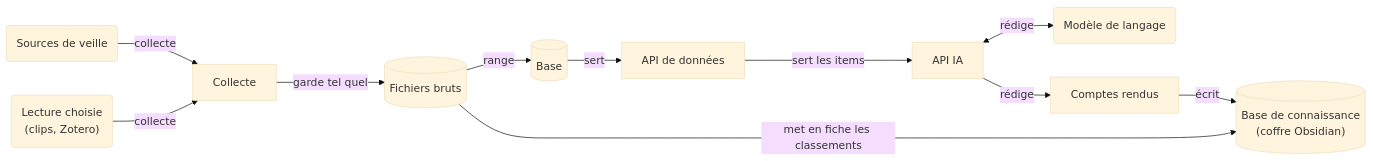
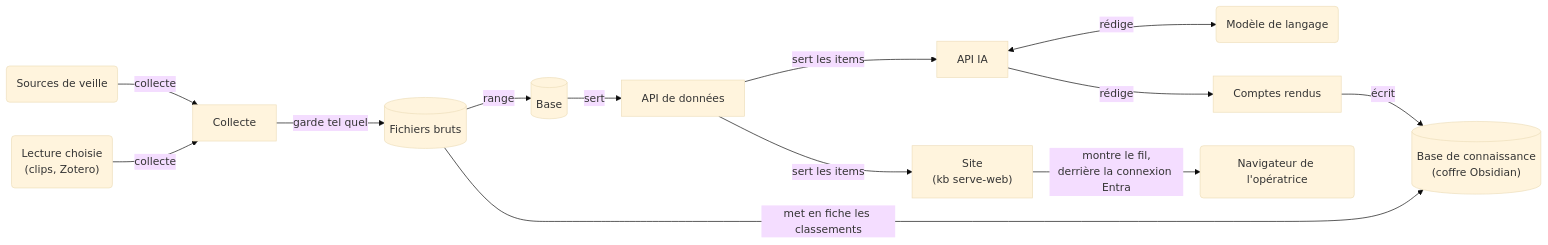
One commit to SabineLaurent/K-B changed the first of 4 diagrams in documentation/architecture_pour_docu.md. Above: the diagram before and after it, drawn with Mermaid (base theme). The commit also changed other lines of this file and 1 other file, not shown here.

Commit message:
docs: show the private site in the architecture sheet, and jinja2 and the site in the dependencies (issue 602)

````diff
--- a/documentation/architecture_pour_docu.md
+++ b/documentation/architecture_pour_docu.md
@@ -20,23 +28,27 @@
 ```mermaid
 flowchart LR
     sources("Sources de veille")
     choice("Lecture choisie<br>(clips, Zotero)")
     collect["Collecte"]
     raw[("Fichiers bruts")]
     base[("Base")]
     dataApi["API de données"]
     aiApi["API IA"]
     model("Modèle de langage")
     reports["Comptes rendus"]
     vault[("Base de connaissance<br>(coffre Obsidian)")]
+    web["Site<br>(kb serve-web)"]
+    browser("Navigateur de l'opératrice")
     sources -->|"collecte"| collect
     choice -->|"collecte"| collect
     collect -->|"garde tel quel"| raw
     raw -->|"range"| base
     raw -->|"met en fiche les classements"| vault
     base -->|"sert"| dataApi
     dataApi -->|"sert les items"| aiApi
     aiApi <-->|"rédige"| model
     aiApi -->|"rédige"| reports
     reports -->|"écrit"| vault
+    dataApi -->|"sert les items"| web
+    web -->|"montre le fil,<br>derrière la connexion Entra"| browser
 ```
````
